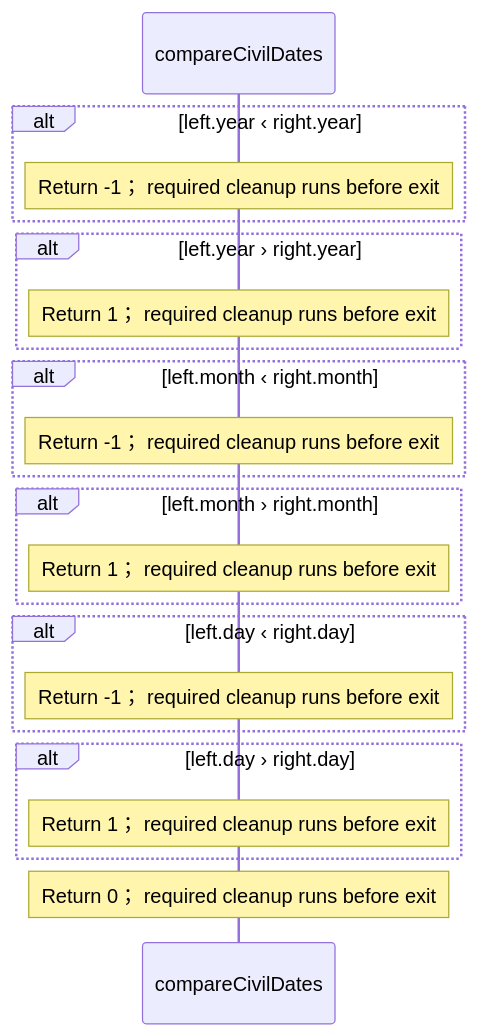
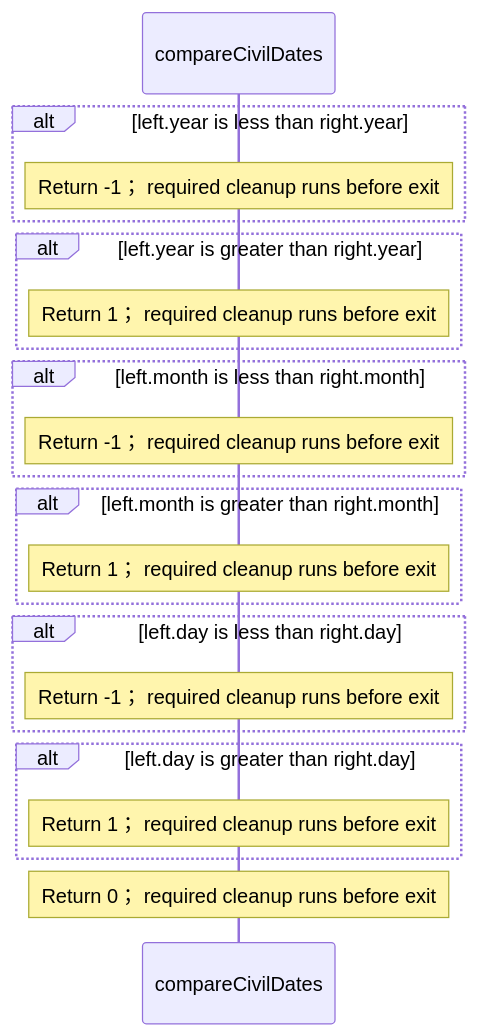
The eighth of 8 diagrams in src/stdlib/values/dates.aug.diagrams.md (GreenPandaStudios/augscript), drawn with Mermaid before and after one commit. The commit also changed other lines of this file and 658 other files, not shown here.

````diff
--- a/src/stdlib/values/dates.aug.diagrams.md
+++ b/src/stdlib/values/dates.aug.diagrams.md
@@ -187,24 +215,24 @@
 ```mermaid
 sequenceDiagram
     participant p0 as compareCivilDates
 
-    alt left.year ‹ right.year
+    alt left.year is less than right.year
     Note over p0: Return -1； required cleanup runs before exit
     end
-    alt left.year › right.year
+    alt left.year is greater than right.year
     Note over p0: Return 1； required cleanup runs before exit
     end
-    alt left.month ‹ right.month
+    alt left.month is less than right.month
     Note over p0: Return -1； required cleanup runs before exit
     end
-    alt left.month › right.month
+    alt left.month is greater than right.month
     Note over p0: Return 1； required cleanup runs before exit
     end
-    alt left.day ‹ right.day
+    alt left.day is less than right.day
     Note over p0: Return -1； required cleanup runs before exit
     end
-    alt left.day › right.day
+    alt left.day is greater than right.day
     Note over p0: Return 1； required cleanup runs before exit
     end
     Note over p0: Return 0； required cleanup runs before exit
 ```
````
